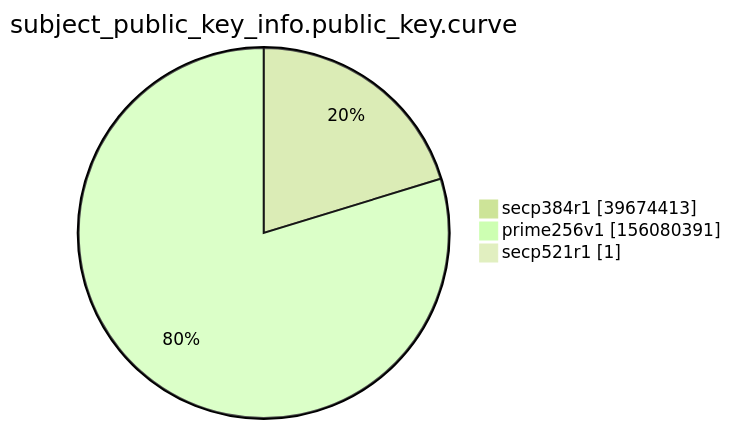
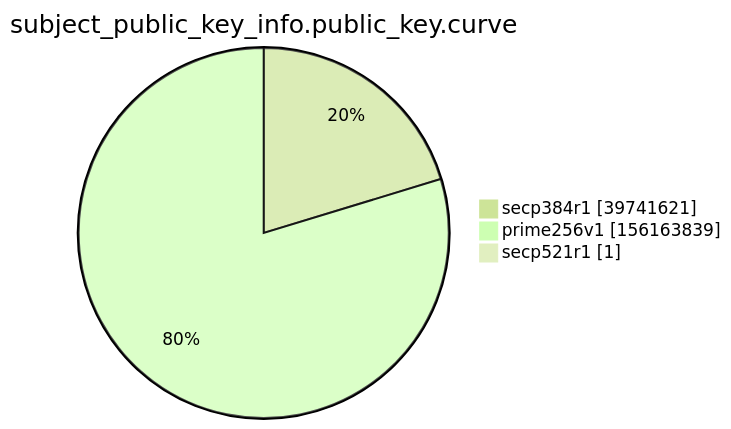
One commit to christiankrug/ctmonitor_visualization changed the ninth of 15 diagrams in xenon2022/README.md. Above: the diagram before and after it, drawn with Mermaid (forest theme). The commit also changed other lines of this file, not shown here.

````diff
--- a/xenon2022/README.md
+++ b/xenon2022/README.md
@@ -2865,7 +2865,7 @@
 ```mermaid
 pie showData
 title subject_public_key_info.public_key.curve
-"secp384r1" :39674413
-"prime256v1" :156080391
+"secp384r1" :39741621
+"prime256v1" :156163839
 "secp521r1" :1
 ```
````
